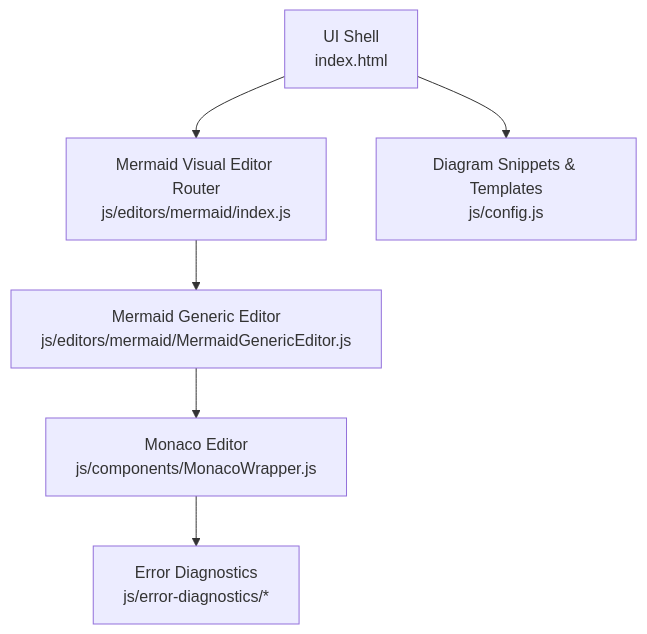
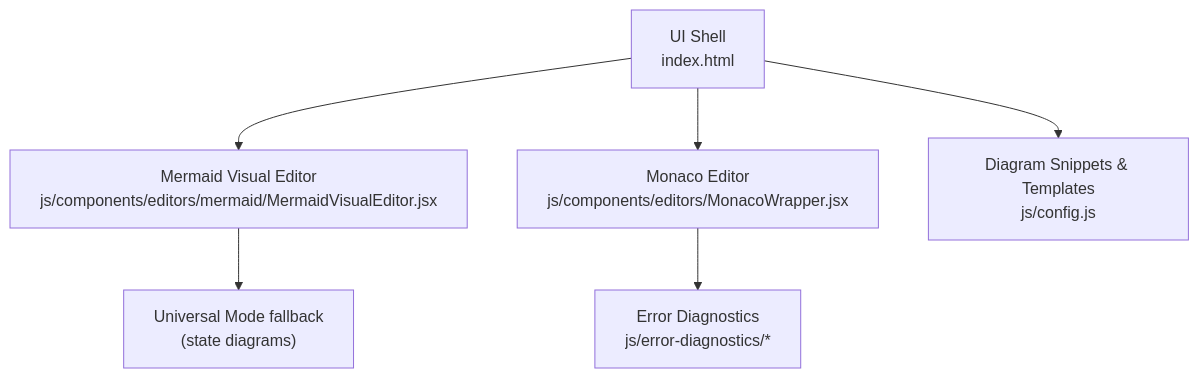
One commit to ongchonghian/universal-diagram-editor changed the first of 4 diagrams in .qoder/repowiki/en/content/Diagram Types and Formats/Mermaid Diagrams/State Diagrams.md. Above: the diagram before and after it, drawn with Mermaid. The commit also changed other lines of this file and 31 other files, not shown here.

````diff
--- a/.qoder/repowiki/en/content/Diagram Types and Formats/Mermaid Diagrams/State Diagrams.md
+++ b/.qoder/repowiki/en/content/Diagram Types and Formats/Mermaid Diagrams/State Diagrams.md
@@ -37,8 +36,8 @@
 ```mermaid
 graph TB
-UI["UI Shell<br/>index.html"] --> Router["Mermaid Visual Editor Router<br/>js/editors/mermaid/index.js"]
-Router --> Generic["Mermaid Generic Editor<br/>js/editors/mermaid/MermaidGenericEditor.js"]
-Generic --> Monaco["Monaco Editor<br/>js/components/MonacoWrapper.js"]
+UI["UI Shell<br/>index.html"] --> Router["Mermaid Visual Editor<br/>js/components/editors/mermaid/MermaidVisualEditor.jsx"]
+Router --> Generic["Universal Mode fallback<br/>(state diagrams)"]
+UI --> Monaco["Monaco Editor<br/>js/components/editors/MonacoWrapper.jsx"]
 Monaco --> Diagnostics["Error Diagnostics<br/>js/error-diagnostics/*"]
 UI --> Config["Diagram Snippets & Templates<br/>js/config.js"]
 ```
````
